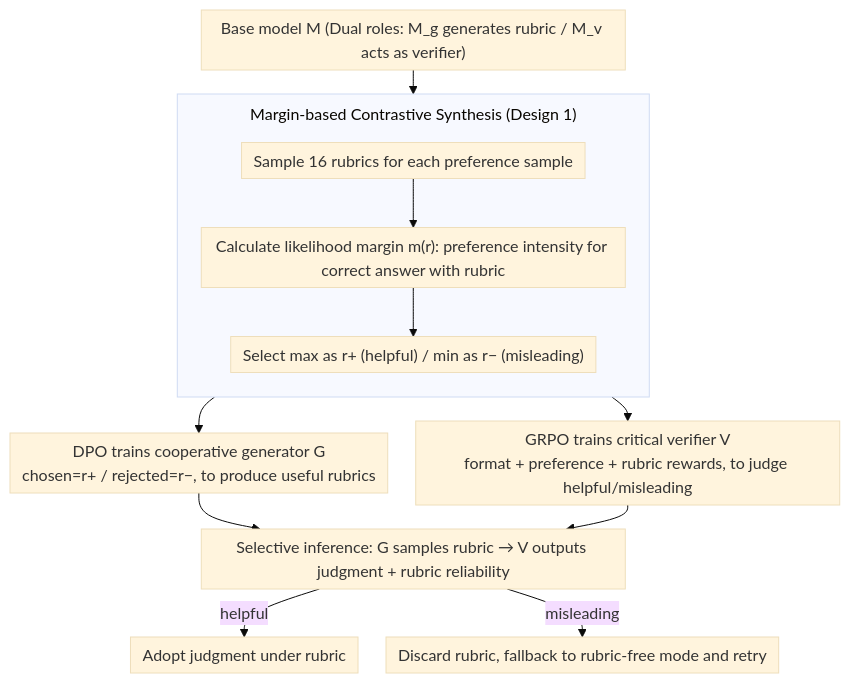
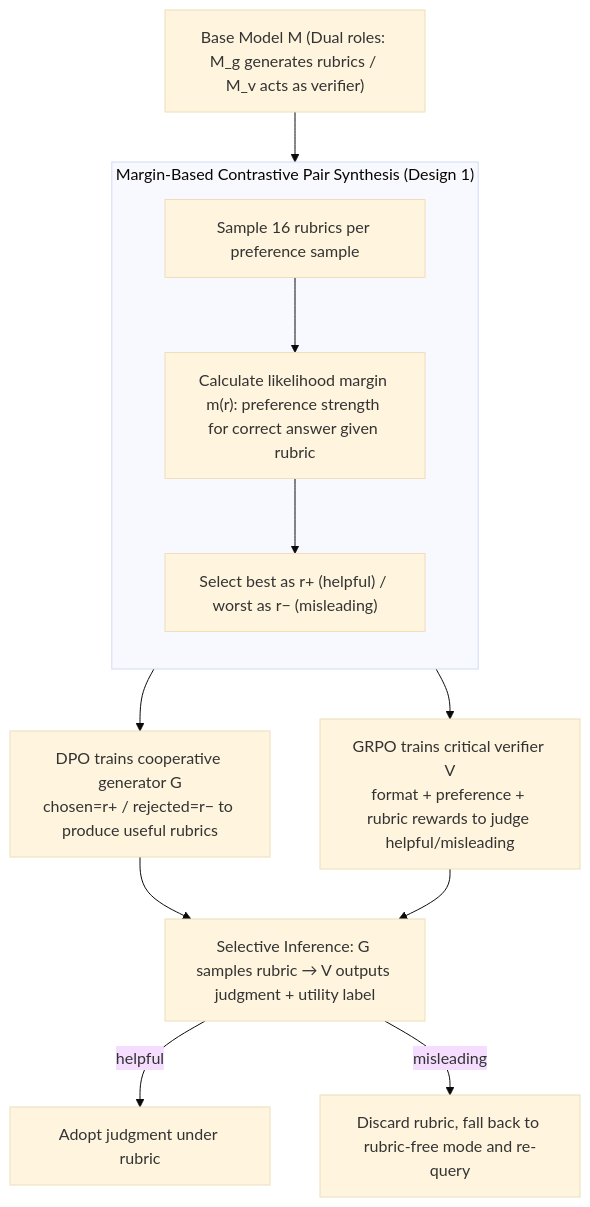
One commit to zhaoyang97/Paper-Notes-en changed the diagram in docs/ACL2026/llm_reasoning/c2_scalable_rubric-augmented_reward_modeling_from_binary_preferences.md. Above: the diagram before and after it, drawn with Mermaid (base theme). The commit also changed other lines of this file and 5084 other files, not shown here.

````diff
--- a/docs/ACL2026/llm_reasoning/c2_scalable_rubric-augmented_reward_modeling_from_binary_preferences.md
+++ b/docs/ACL2026/llm_reasoning/c2_scalable_rubric-augmented_reward_modeling_from_binary_preferences.md
@@ -50,17 +50,16 @@
 ```mermaid
-%%{init: {'flowchart': {'rankSpacing': 24, 'nodeSpacing': 28, 'padding': 6, 'wrappingWidth': 400, 'subGraphTitleMargin': {'top': 8, 'bottom': 16}}}}%%
-flowchart TD
-    M["Base model M (Dual roles: M_g generates rubric / M_v acts as verifier)"]
+graph TD
+    M["Base Model M (Dual roles: M_g generates rubrics / M_v acts as verifier)"]
     M --> S1
-    subgraph S1["Margin-based Contrastive Synthesis (Design 1)"]
+    subgraph S1["Margin-Based Contrastive Pair Synthesis (Design 1)"]
         direction TB
-        A["Sample 16 rubrics for each preference sample"] --> B["Calculate likelihood margin m(r): preference intensity for correct answer with rubric"]
-        B --> C["Select max as r+ (helpful) / min as r− (misleading)"]
+        A["Sample 16 rubrics per preference sample"] --> B["Calculate likelihood margin m(r): preference strength for correct answer given rubric"]
+        B --> C["Select best as r+ (helpful) / worst as r− (misleading)"]
     end
-    S1 --> D["DPO trains cooperative generator G<br/>chosen=r+ / rejected=r−, to produce useful rubrics"]
-    S1 --> E["GRPO trains critical verifier V<br/>format + preference + rubric rewards, to judge helpful/misleading"]
-    D --> F["Selective inference: G samples rubric → V outputs judgment + rubric reliability"]
+    S1 --> D["DPO trains cooperative generator G<br/>chosen=r+ / rejected=r− to produce useful rubrics"]
+    S1 --> E["GRPO trains critical verifier V<br/>format + preference + rubric rewards to judge helpful/misleading"]
+    D --> F["Selective Inference: G samples rubric → V outputs judgment + utility label"]
     E --> F
     F -->|helpful| G1["Adopt judgment under rubric"]
-    F -->|misleading| H["Discard rubric, fallback to rubric-free mode and retry"]
+    F -->|misleading| H["Discard rubric, fall back to rubric-free mode and re-query"]
 ```
````
